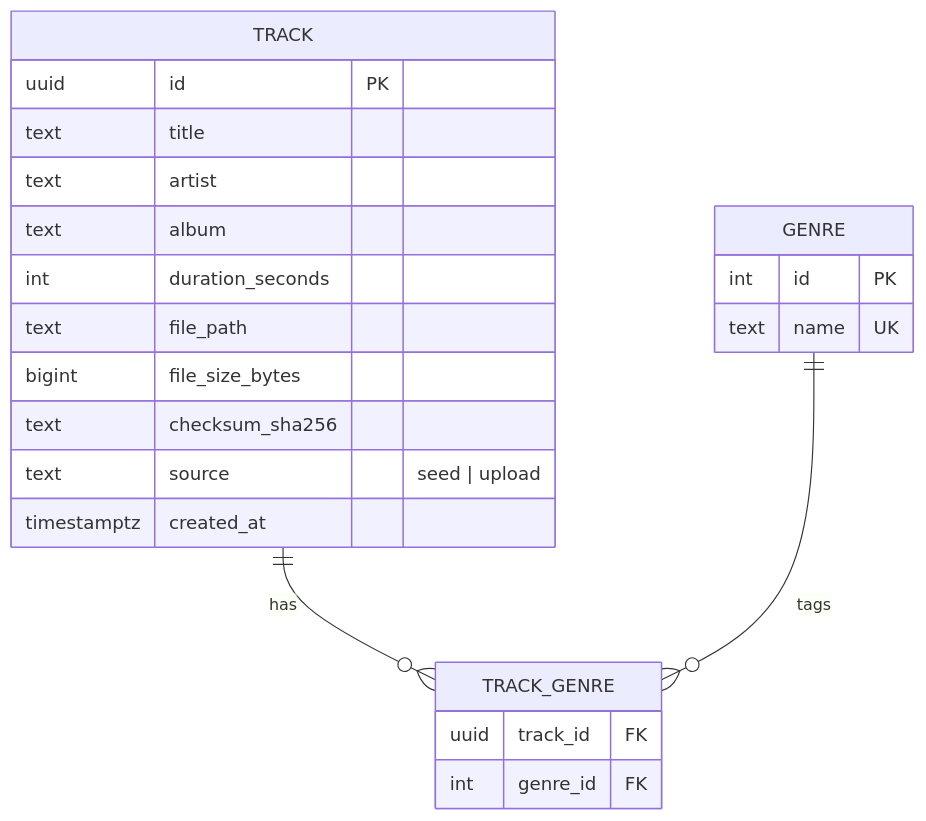
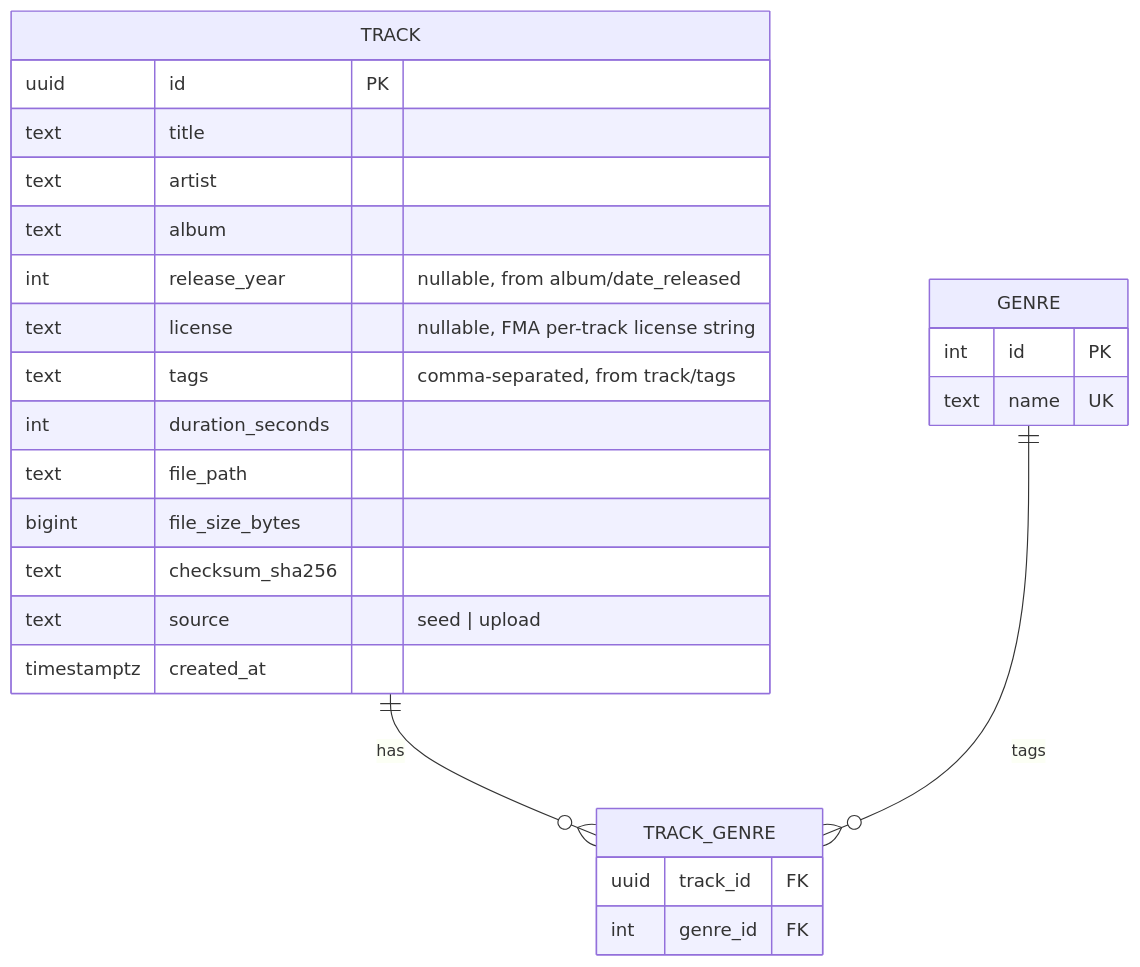
One commit to Ya5irk/eureka-music-app changed the diagram in docs/diagrams/erd-server.md. Above: the diagram before and after it, drawn with Mermaid. The commit also changed 3 other files, not shown here.

````diff
--- a/docs/diagrams/erd-server.md
+++ b/docs/diagrams/erd-server.md
@@ -3,25 +3,28 @@
 ```mermaid
 erDiagram
     TRACK {
         uuid id PK
         text title
         text artist
         text album
+        int  release_year "nullable, from album/date_released"
+        text license "nullable, FMA per-track license string"
+        text tags "comma-separated, from track/tags"
         int  duration_seconds
         text file_path
         bigint file_size_bytes
         text checksum_sha256
         text source "seed | upload"
         timestamptz created_at
     }
     GENRE {
         int id PK
         text name UK
     }
     TRACK_GENRE {
         uuid track_id FK
         int genre_id FK
     }
     TRACK ||--o{ TRACK_GENRE : has
     GENRE ||--o{ TRACK_GENRE : tags
 ```
````
